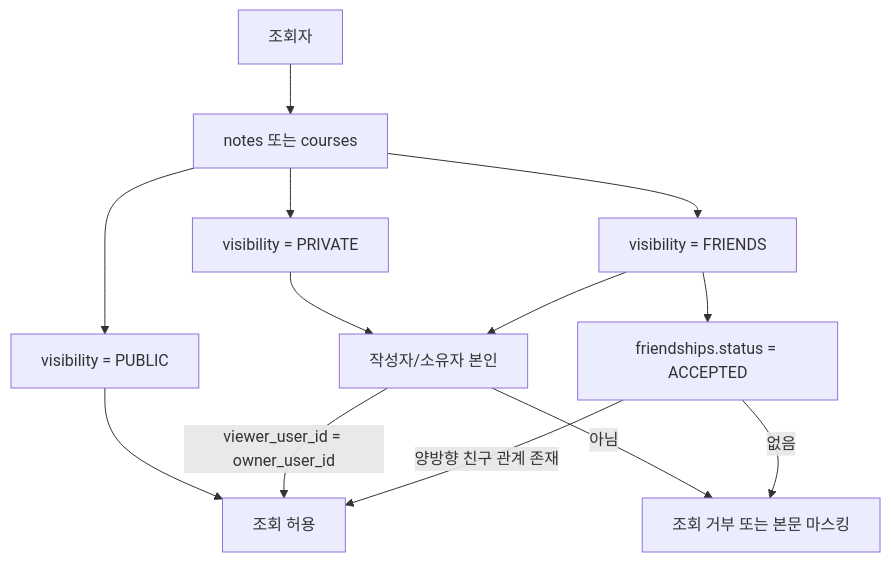
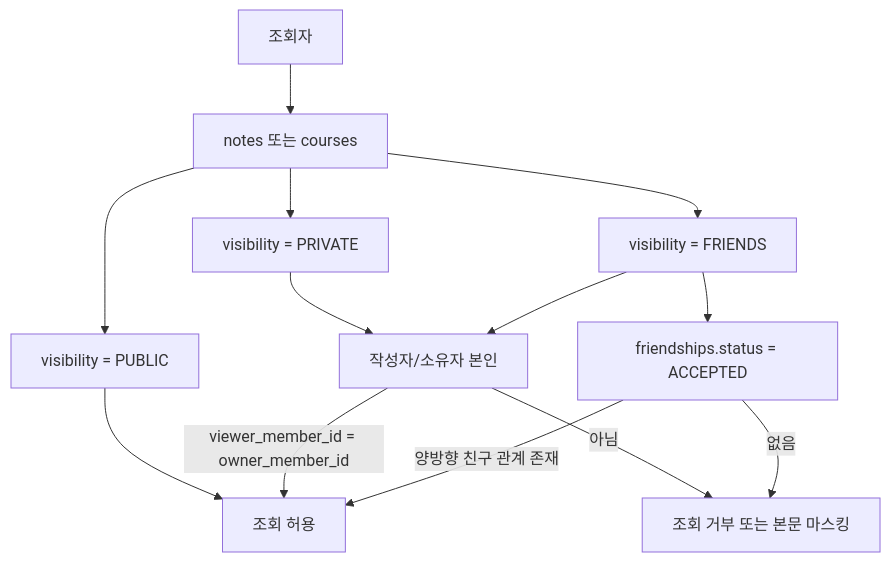
The fourth of 6 diagrams in docs/project/dongnepin-db-design.md (Local-Enjoy-Trip/local-enjoy-trip-backend), drawn with Mermaid before and after one commit. The commit also changed other lines of this file and 10 other files, not shown here.

````diff
--- a/docs/project/dongnepin-db-design.md
+++ b/docs/project/dongnepin-db-design.md
@@ -275,26 +274,26 @@
 ```mermaid
 flowchart TD
     viewer["조회자"]
     content["notes 또는 courses"]
     public["visibility = PUBLIC"]
     private["visibility = PRIVATE"]
     friends["visibility = FRIENDS"]
     owner["작성자/소유자 본인"]
     accepted["friendships.status = ACCEPTED"]
     allow["조회 허용"]
     deny["조회 거부 또는 본문 마스킹"]
 
     viewer --> content
     content --> public
     content --> private
     content --> friends
 
     public --> allow
     private --> owner
-    owner -->|"viewer_user_id = owner_user_id"| allow
+    owner -->|"viewer_member_id = owner_member_id"| allow
     owner -->|"아님"| deny
     friends --> owner
     friends --> accepted
     accepted -->|"양방향 친구 관계 존재"| allow
     accepted -->|"없음"| deny
 ```
````
